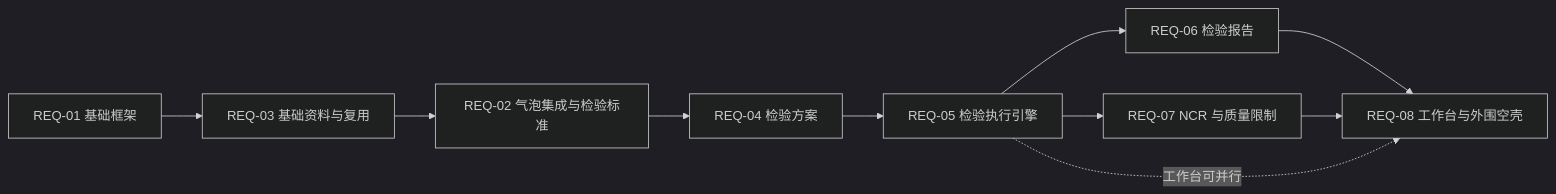
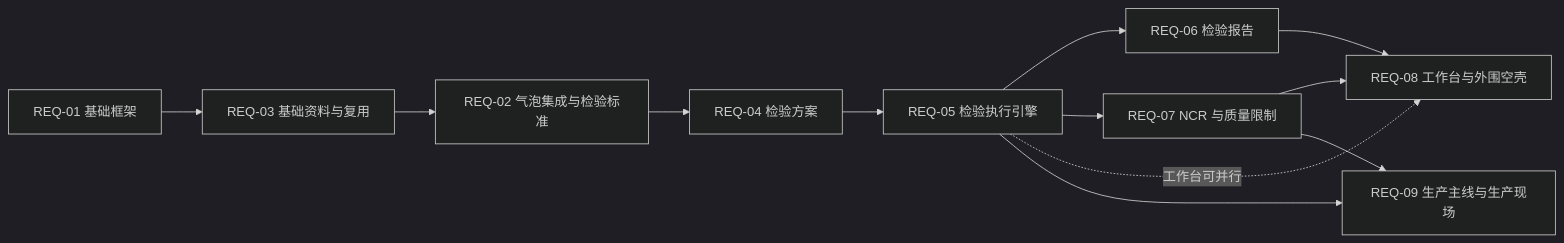
One commit to Xyvy-57/QMS changed the tenth of 10 diagrams in 私有QMS交付/01_功能需求分析/私有QMS_功能需求分析与PRD初稿.md. Above: the diagram before and after it, drawn with Mermaid (dark theme). The commit also changed other lines of this file and 26 other files, not shown here.

````diff
--- a/私有QMS交付/01_功能需求分析/私有QMS_功能需求分析与PRD初稿.md
+++ b/私有QMS交付/01_功能需求分析/私有QMS_功能需求分析与PRD初稿.md
@@ -1173,12 +1284,14 @@
 ```mermaid
 flowchart LR
   R1["REQ-01 基础框架"] --> R3["REQ-03 基础资料与复用"]
   R3 --> R2["REQ-02 气泡集成与检验标准"]
   R2 --> R4["REQ-04 检验方案"]
   R4 --> R5["REQ-05 检验执行引擎"]
   R5 --> R6["REQ-06 检验报告"]
   R5 --> R7["REQ-07 NCR 与质量限制"]
   R6 --> R8["REQ-08 工作台与外围空壳"]
   R7 --> R8
   R5 -.->|"工作台可并行"| R8
+  R5 --> R9["REQ-09 生产主线与生产现场"]
+  R7 --> R9
 ```
````
